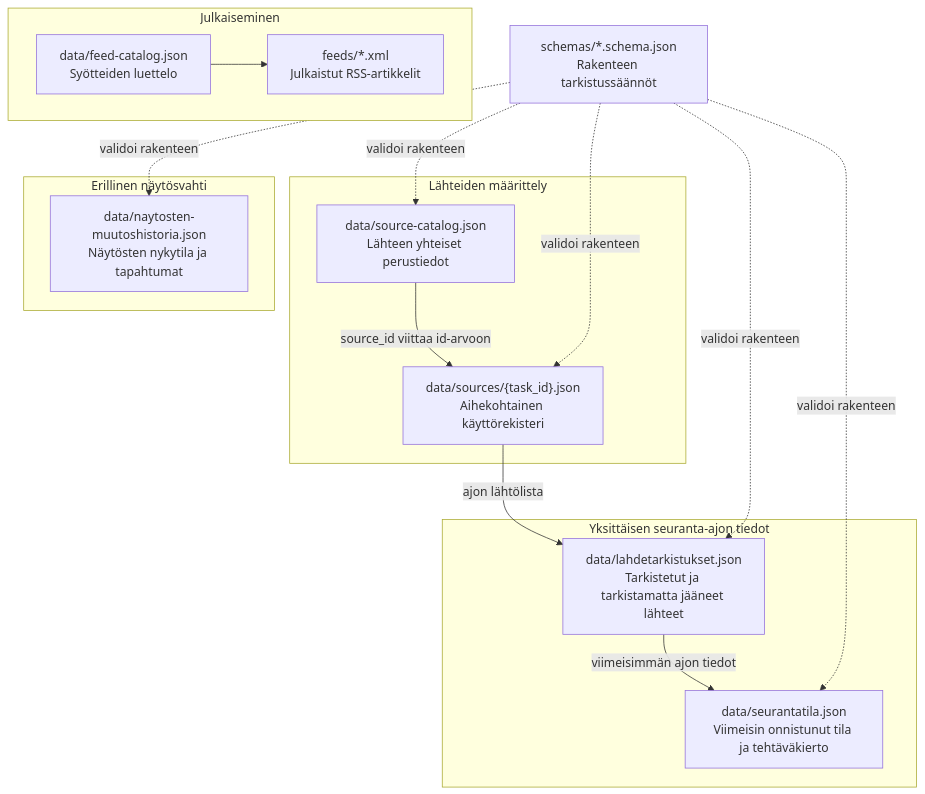
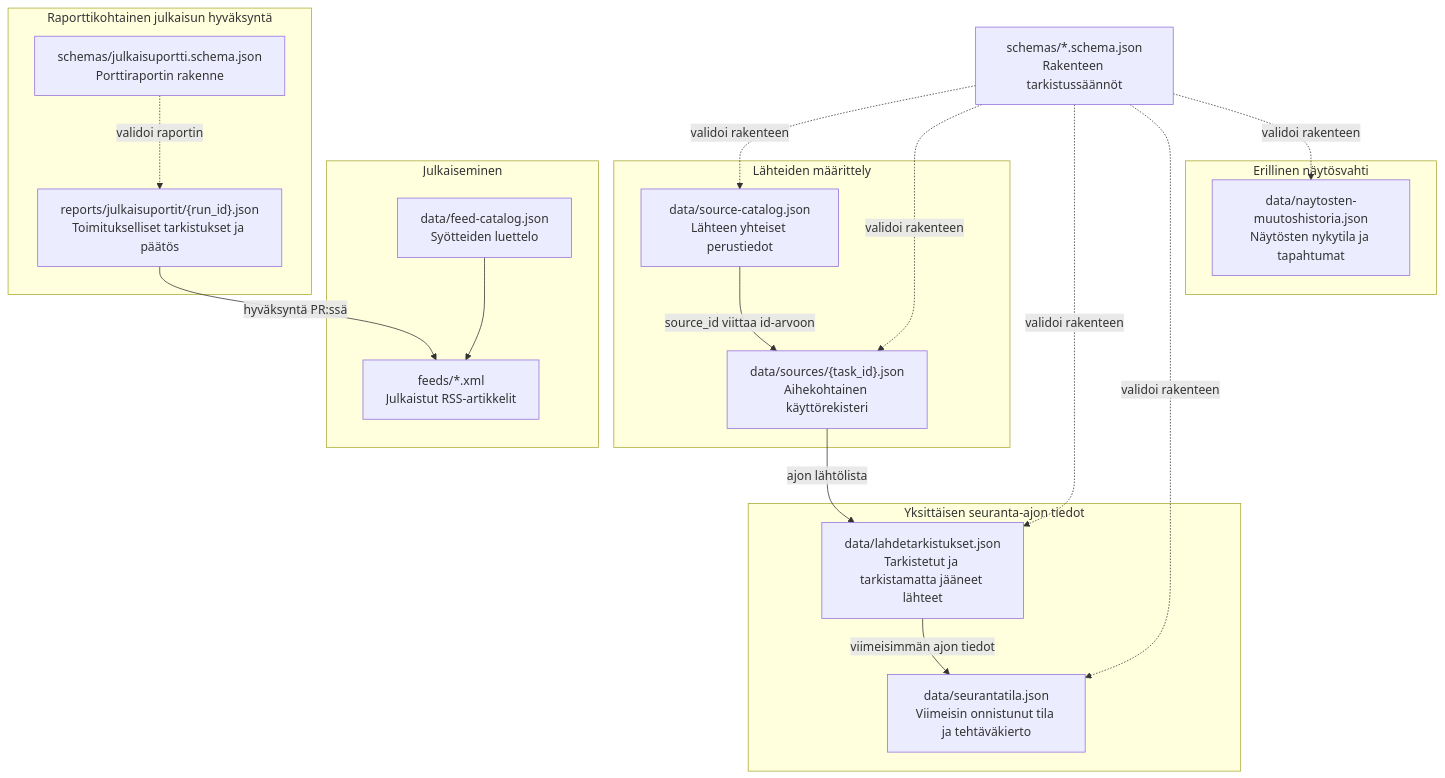
One commit to mikknikk/aiheseurain changed the first of 6 diagrams in docs/tietomallit-ja-prosessit.md. Above: the diagram before and after it, drawn with Mermaid. The commit also changed other lines of this file and 12 other files, not shown here.

````diff
--- a/docs/tietomallit-ja-prosessit.md
+++ b/docs/tietomallit-ja-prosessit.md
@@ -18,32 +19,39 @@
 ```mermaid
 flowchart TB
     subgraph LAHTEET["Lähteiden määrittely"]
       C["data/source-catalog.json<br/>Lähteen yhteiset perustiedot"]
       R["data/sources/{task_id}.json<br/>Aihekohtainen käyttörekisteri"]
       C -->|"source_id viittaa id-arvoon"| R
     end
 
     subgraph AJO["Yksittäisen seuranta-ajon tiedot"]
       L["data/lahdetarkistukset.json<br/>Tarkistetut ja tarkistamatta jääneet lähteet"]
       S["data/seurantatila.json<br/>Viimeisin onnistunut tila ja tehtäväkierto"]
       R -->|"ajon lähtölista"| L
       L -->|"viimeisimmän ajon tiedot"| S
     end
 
     subgraph JULKAISU["Julkaiseminen"]
       F["data/feed-catalog.json<br/>Syötteiden luettelo"]
       XML["feeds/*.xml<br/>Julkaistut RSS-artikkelit"]
       F --> XML
     end
 
+    subgraph PORTTI["Raporttikohtainen julkaisun hyväksyntä"]
+      G["reports/julkaisuportit/{run_id}.json<br/>Toimitukselliset tarkistukset ja päätös"]
+      GS["schemas/julkaisuportti.schema.json<br/>Porttiraportin rakenne"]
+      G -->|"hyväksyntä PR:ssä"| XML
+      GS -. "validoi raportin" .-> G
+    end
+
     subgraph NAYTOS["Erillinen näytösvahti"]
       N["data/naytosten-muutoshistoria.json<br/>Näytösten nykytila ja tapahtumat"]
     end
 
     SC["schemas/*.schema.json<br/>Rakenteen tarkistussäännöt"]
     SC -. "validoi rakenteen" .-> C
     SC -. "validoi rakenteen" .-> R
     SC -. "validoi rakenteen" .-> L
     SC -. "validoi rakenteen" .-> S
     SC -. "validoi rakenteen" .-> N
 ```
````
